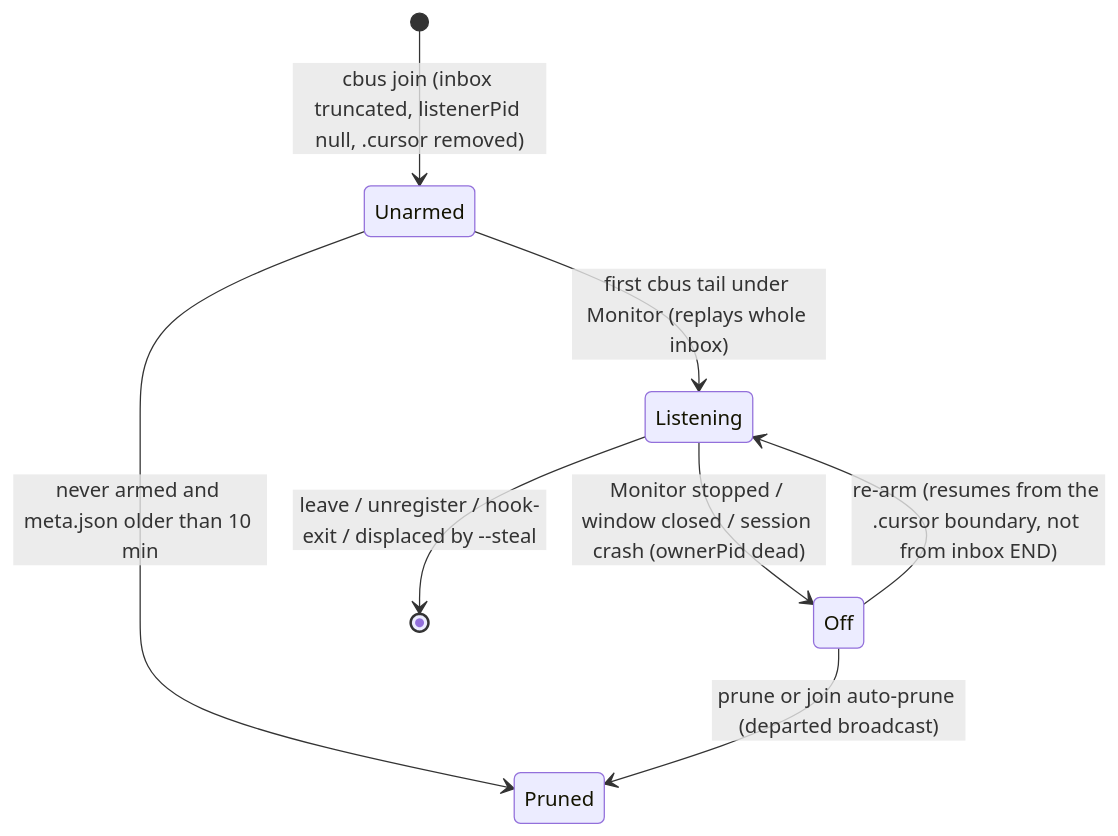
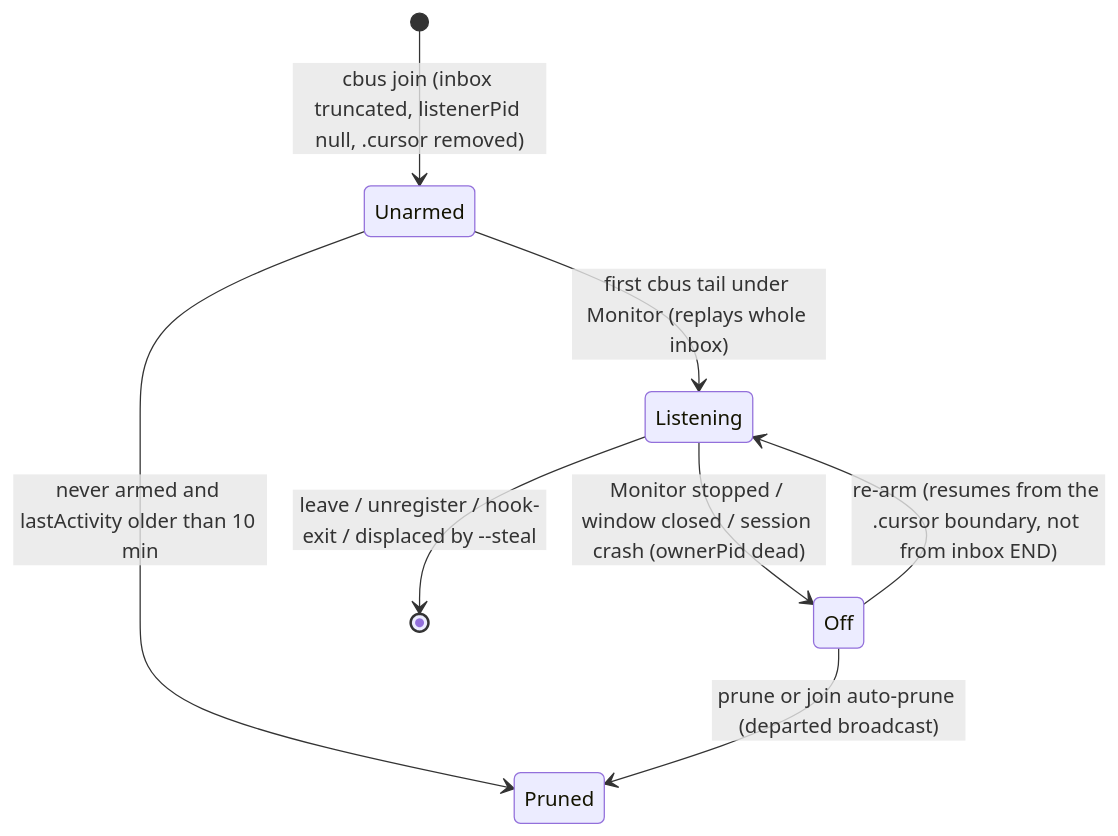
One commit to cumanzor/claudebus changed the second of 6 diagrams in docs/architecture/command-reference.md. Above: the diagram before and after it, drawn with Mermaid. The commit also changed other lines of this file and 3 other files, not shown here.

````diff
--- a/docs/architecture/command-reference.md
+++ b/docs/architecture/command-reference.md
@@ -484,10 +489,10 @@
 ```mermaid
 stateDiagram-v2
     [*] --> Unarmed: cbus join (inbox truncated, listenerPid null, .cursor removed)
     Unarmed --> Listening: first cbus tail under Monitor (replays whole inbox)
-    Unarmed --> Pruned: never armed and meta.json older than 10 min
+    Unarmed --> Pruned: never armed and lastActivity older than 10 min
     Listening --> Off: Monitor stopped / window closed / session crash (ownerPid dead)
     Off --> Listening: re-arm (resumes from the .cursor boundary, not from inbox END)
     Off --> Pruned: prune or join auto-prune (departed broadcast)
     Listening --> [*]: leave / unregister / hook-exit / displaced by --steal
 ```
````
